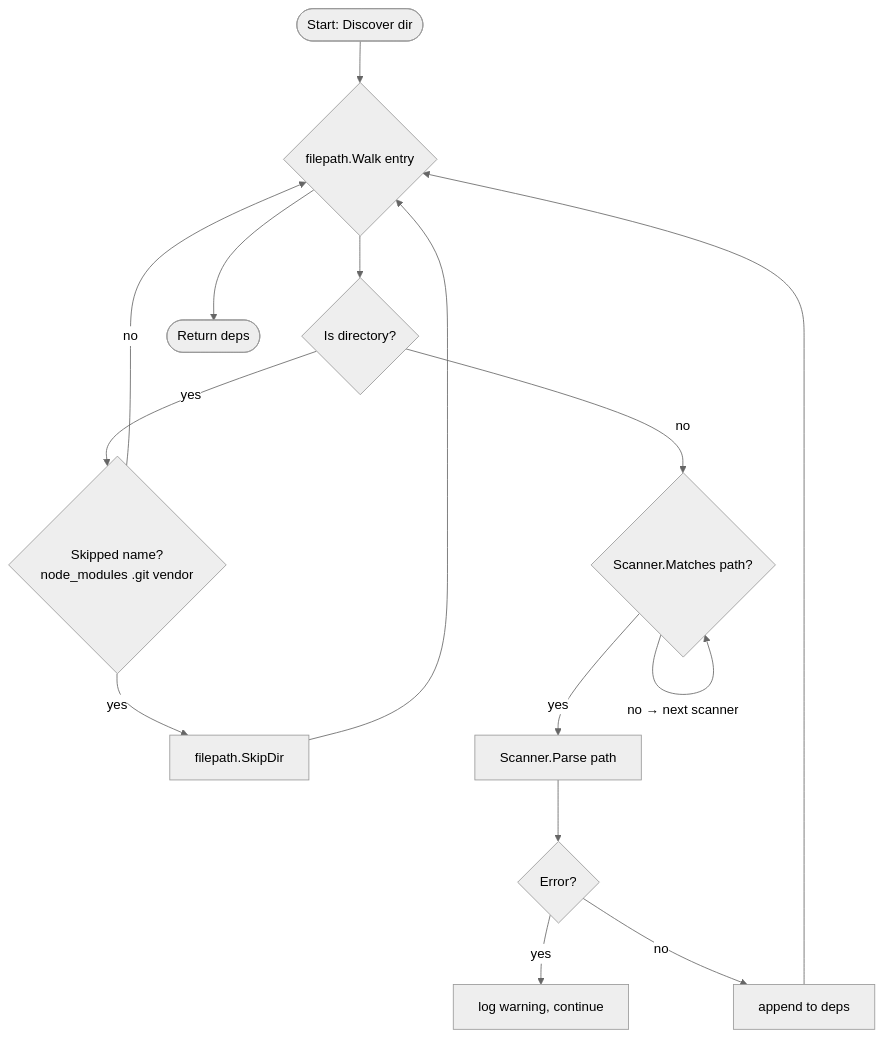
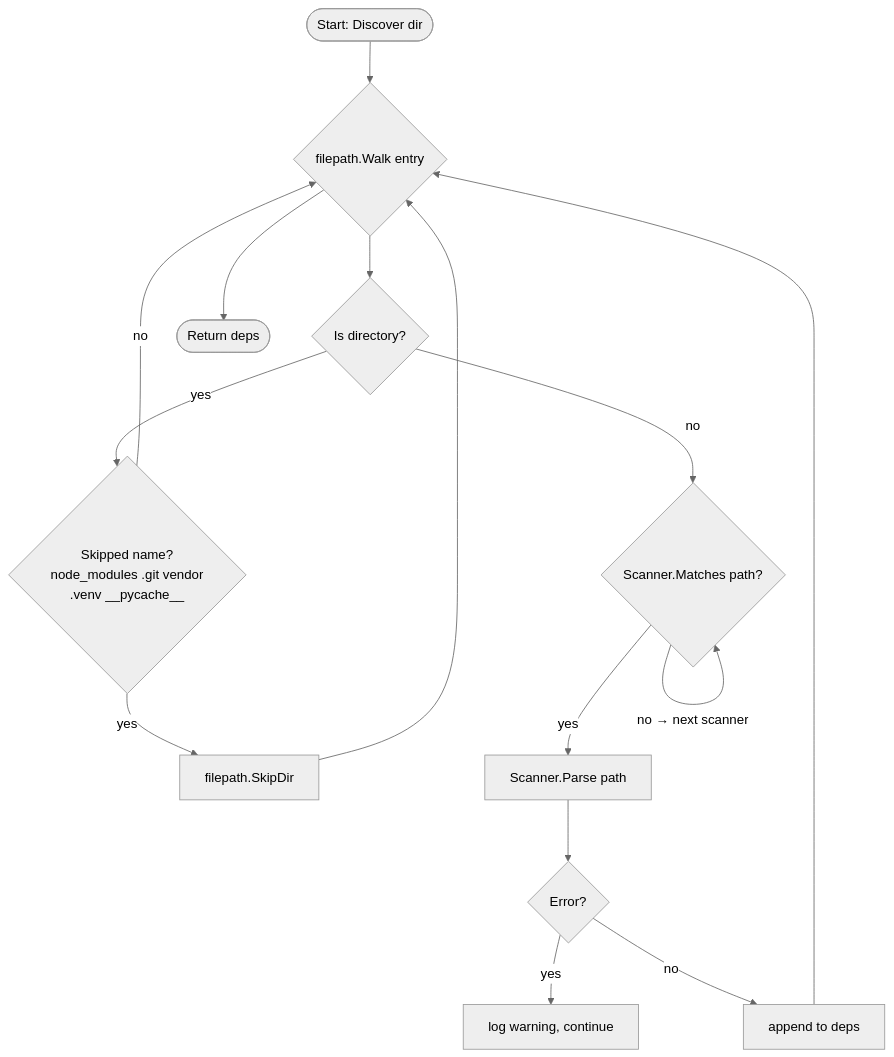
Before and after one commit to Holquaria/dep-health: the fifth of 17 diagrams in docs/architecture.md, drawn with Mermaid (neutral theme). The commit also changed other lines of this file and 29 other files, not shown here.

````diff
--- a/docs/architecture.md
+++ b/docs/architecture.md
@@ -196,17 +235,17 @@
 ```mermaid
 flowchart TD
     A([Start: Discover dir]) --> B{filepath.Walk entry}
     B --> C{Is directory?}
-    C -- yes --> D{Skipped name?\nnode_modules .git vendor}
+    C -- yes --> D{Skipped name?\nnode_modules .git vendor\n.venv __pycache__}
     D -- yes --> E[filepath.SkipDir]
     D -- no --> B
     C -- no --> F{Scanner.Matches path?}
     F -- no → next scanner --> F
     F -- yes --> G[Scanner.Parse path]
     G --> H{Error?}
     H -- yes --> I[log warning, continue]
     H -- no --> J[append to deps]
     J --> B
     E --> B
     B --> K([Return deps])
 ```
````
